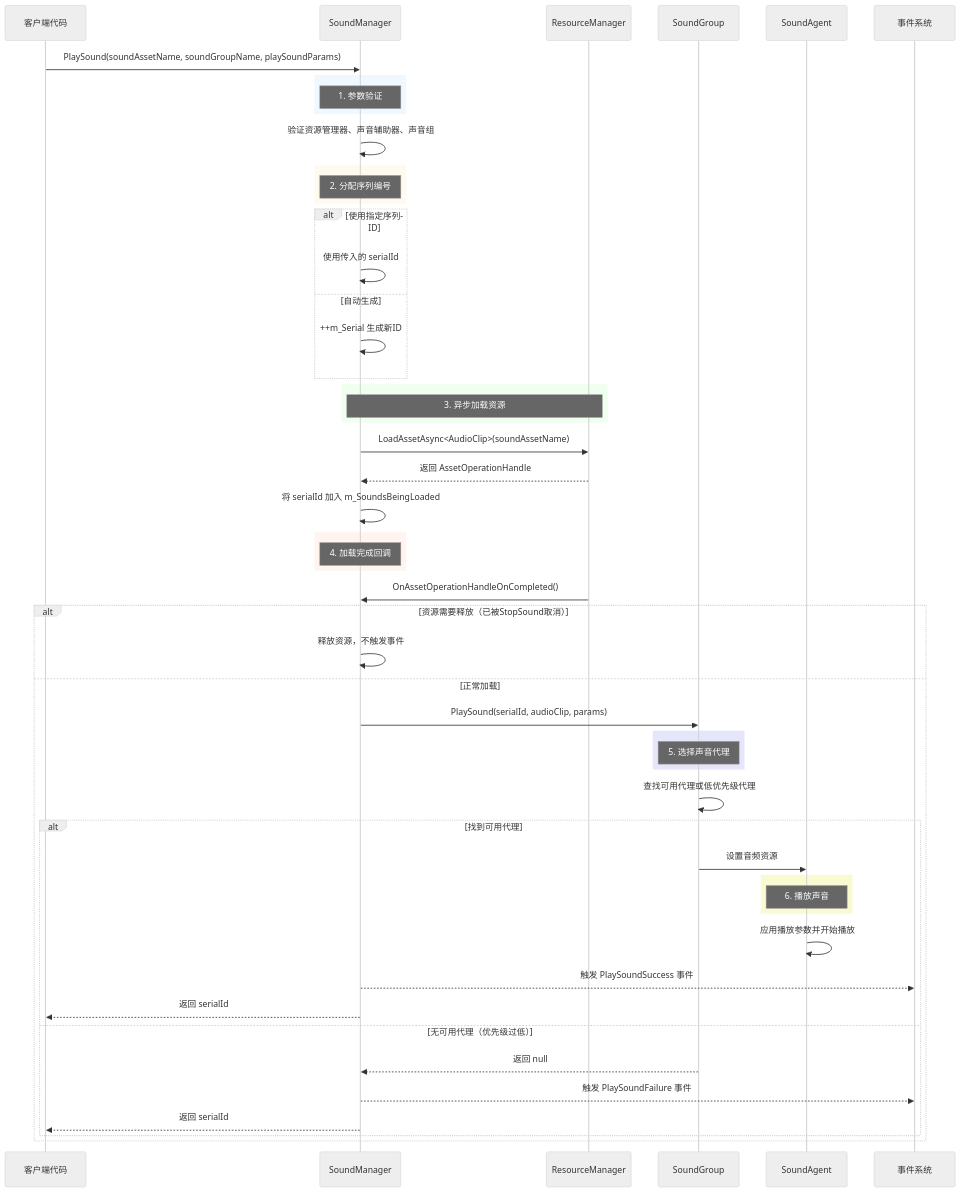
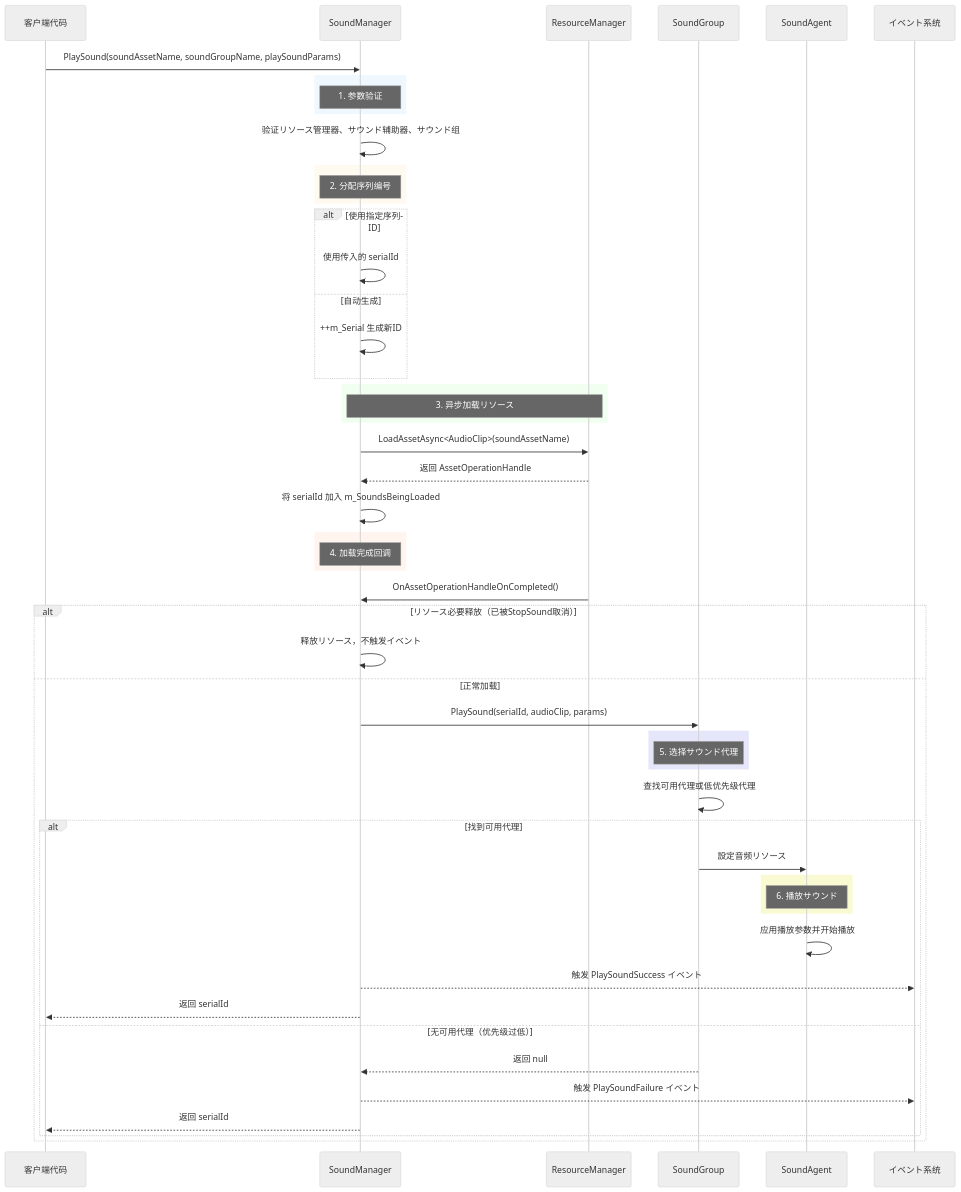
One commit to AlianBlank/GameFrameX.Docs changed the fourth of 5 diagrams in docs/ja/client/unity/component/sound/05.sound-manager.md. Above: the diagram before and after it, drawn with Mermaid (neutral theme). The commit also changed other lines of this file and 603 other files, not shown here.

````diff
--- a/docs/ja/client/unity/component/sound/05.sound-manager.md
+++ b/docs/ja/client/unity/component/sound/05.sound-manager.md
@@ -203,71 +203,71 @@
 ```mermaid
 sequenceDiagram
     participant Client as 客户端代码
     participant SM as SoundManager
     participant RM as ResourceManager
     participant SG as SoundGroup
     participant SA as SoundAgent
-    participant Event as 事件系统
+    participant Event as イベント系统
     
     Client->>SM: PlaySound(soundAssetName, soundGroupName, playSoundParams)
     
     rect rgb(240, 248, 255)
         Note over SM: 1. 参数验证
     end
     
-    SM->>SM: 验证资源管理器、声音辅助器、声音组
+    SM->>SM: 验证リソース管理器、サウンド辅助器、サウンド组
     
     rect rgb(255, 250, 240)
         Note over SM: 2. 分配序列编号
     end
     
     alt 使用指定序列ID
         SM->>SM: 使用传入的 serialId
     else 自动生成
         SM->>SM: ++m_Serial 生成新ID
     end
     
     rect rgb(240, 255, 240)
-        Note over SM,RM: 3. 异步加载资源
+        Note over SM,RM: 3. 异步加载リソース
     end
     
     SM->>RM: LoadAssetAsync<AudioClip>(soundAssetName)
     RM-->>SM: 返回 AssetOperationHandle
     
     SM->>SM: 将 serialId 加入 m_SoundsBeingLoaded
     
     rect rgb(255, 245, 238)
         Note over SM: 4. 加载完成回调
     end
     
     RM->>SM: OnAssetOperationHandleOnCompleted()
     
-    alt 资源需要释放（已被StopSound取消）
-        SM->>SM: 释放资源，不触发事件
+    alt リソース必要释放（已被StopSound取消）
+        SM->>SM: 释放リソース，不触发イベント
     else 正常加载
         SM->>SG: PlaySound(serialId, audioClip, params)
         
         rect rgb(230, 230, 250)
-            Note over SG: 5. 选择声音代理
+            Note over SG: 5. 选择サウンド代理
         end
         
         SG->>SG: 查找可用代理或低优先级代理
         
         alt 找到可用代理
-            SG->>SA: 设置音频资源
+            SG->>SA: 設定音频リソース
             
             rect rgb(250, 250, 210)
-                Note over SA: 6. 播放声音
+                Note over SA: 6. 播放サウンド
             end
             
             SA->>SA: 应用播放参数并开始播放
             
-            SM-->>Event: 触发 PlaySoundSuccess 事件
+            SM-->>Event: 触发 PlaySoundSuccess イベント
             SM-->>Client: 返回 serialId
         else 无可用代理（优先级过低）
             SG-->>SM: 返回 null
-            SM-->>Event: 触发 PlaySoundFailure 事件
+            SM-->>Event: 触发 PlaySoundFailure イベント
             SM-->>Client: 返回 serialId
         end
     end
 ```
````
